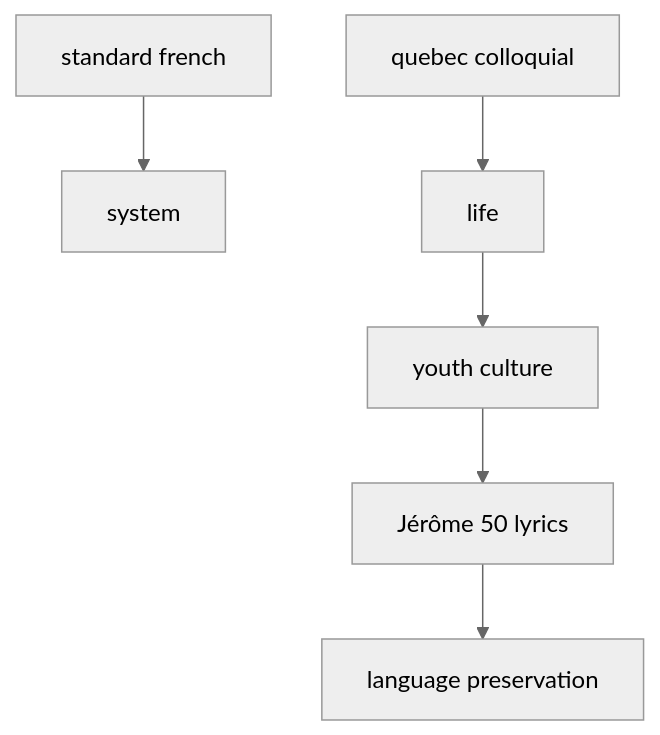
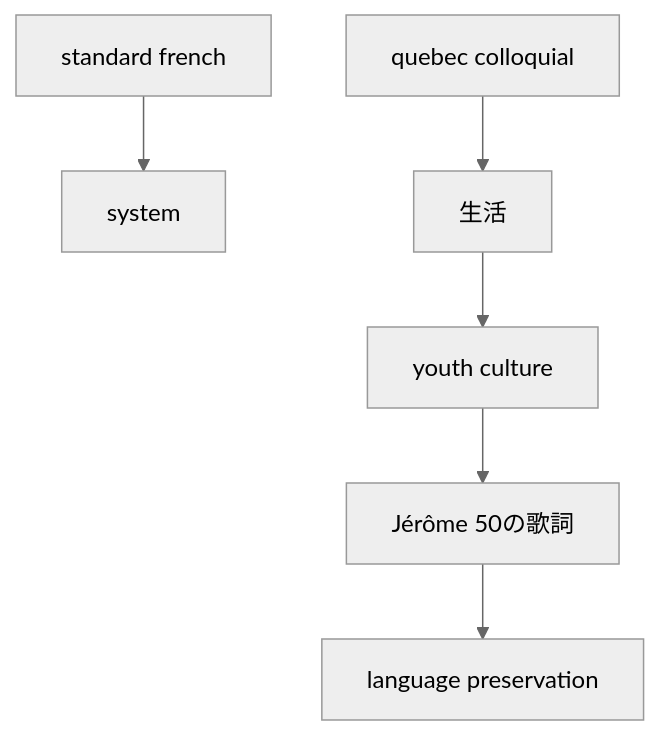
The third of 7 diagrams in en/_posts/2026-05-09-column-jerome-50.md (monumental-movement/monumental-movement.github.io), drawn with Mermaid (neutral theme) before and after one commit. The commit also changed other lines of this file and 2196 other files, not shown here.

```diff
--- a/en/_posts/2026-05-09-column-jerome-50.md
+++ b/en/_posts/2026-05-09-column-jerome-50.md
@@ -142,8 +142,8 @@
 <div class="mermaid">
 graph TD
 A[standard french] --> B[system]
-C[quebec colloquial] --> D[life]
+C[quebec colloquial] --> D[生活]
 D --> E[youth culture]
-E --> F[Jérôme 50 lyrics]
+E --> F[Jérôme 50の歌詞]
 F --> G[language preservation]
 </div>
```
